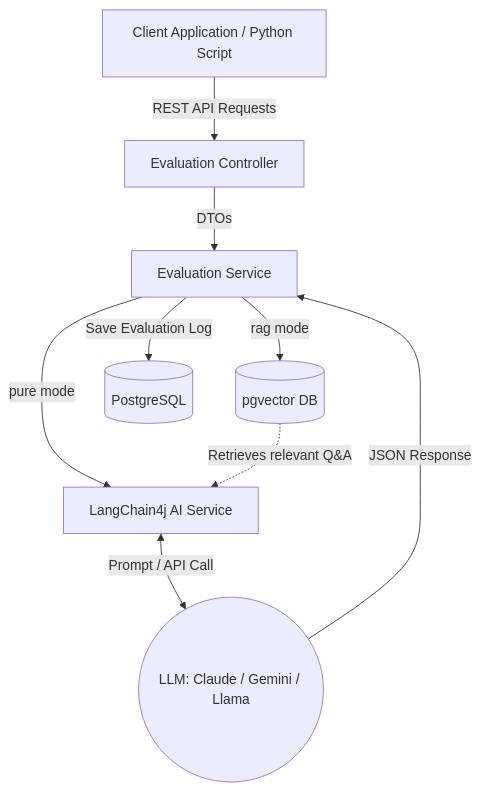
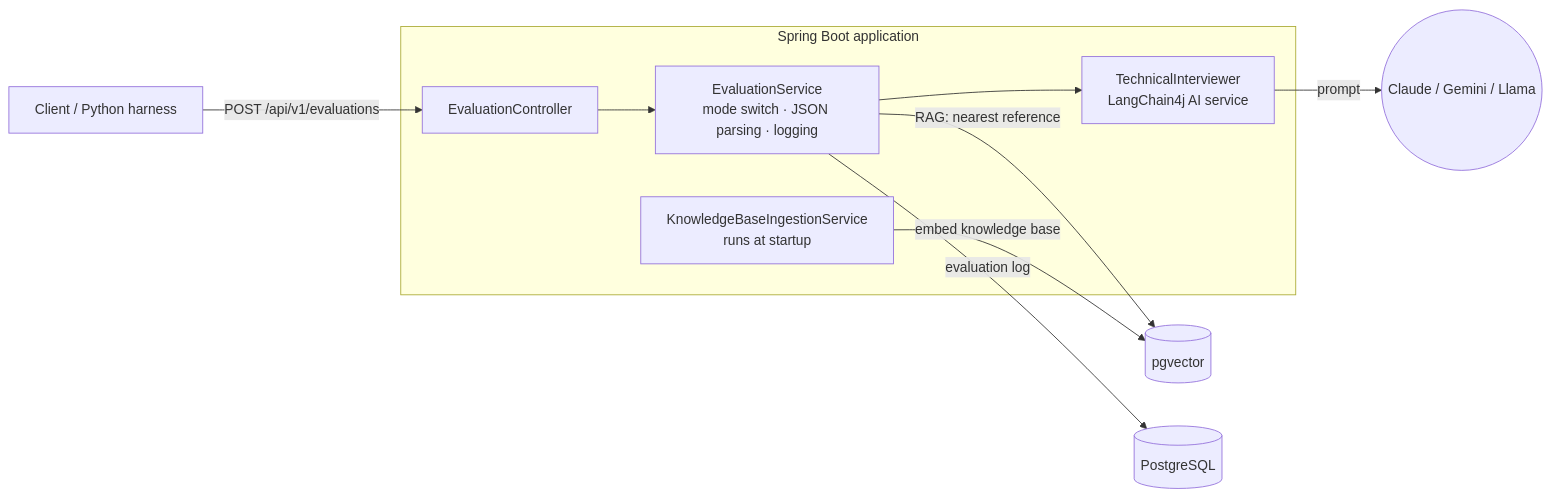
Before and after one commit to jakub-jurkian/mockbean: the diagram in README.md, drawn with Mermaid. The commit also changed other lines of this file and 6 other files, not shown here.

````diff
--- a/README.md
+++ b/README.md
@@ -26,14 +117,15 @@
 ```mermaid
-graph TD
-    Client[Client Application / Python Script] -->|REST API Requests| Controller[Evaluation Controller]
-    Controller -->|DTOs| Service[Evaluation Service]
-    
-    Service -->|pure mode| AI[LangChain4j AI Service]
-    
-    Service -->|rag mode| VectorDB[(pgvector DB)]
-    VectorDB -.->|Retrieves relevant Q&A| AI
-    
-    AI <-->|Prompt / API Call| LLM((LLM: Claude / Gemini / Llama))
-    LLM -->|JSON Response| Service
-    Service -->|Save Evaluation Log| SQL[(PostgreSQL)]
+flowchart LR
+    Client["Client / Python harness"] -->|POST /api/v1/evaluations| Controller
+    subgraph API["Spring Boot application"]
+        Controller["EvaluationController"]
+        Service["EvaluationService<br/>mode switch · JSON parsing · logging"]
+        Judge["TechnicalInterviewer<br/>LangChain4j AI service"]
+        Ingest["KnowledgeBaseIngestionService<br/>runs at startup"]
+        Controller --> Service --> Judge
+    end
+    Service -->|RAG: nearest reference| Vectors[("pgvector")]
+    Ingest -->|embed knowledge base| Vectors
+    Service -->|evaluation log| DB[("PostgreSQL")]
+    Judge -->|prompt| LLM(("Claude / Gemini / Llama"))
 ```
````
